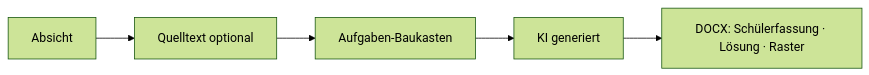
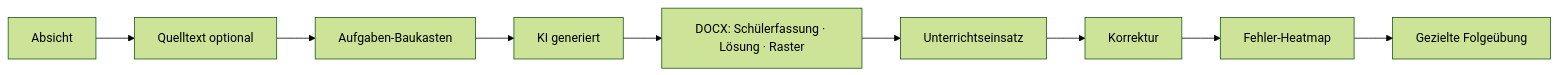
Before and after one commit to milanradisavljevic/LUKA: the first of 2 diagrams in README.md, drawn with Mermaid (forest theme). The commit also changed other lines of this file and 3 other files, not shown here.

````diff
--- a/README.md
+++ b/README.md
@@ -40,7 +42,11 @@
 ```mermaid
 flowchart LR
   A[Absicht] --> B[Quelltext optional]
   B --> C[Aufgaben-Baukasten]
   C --> D[KI generiert]
   D --> E[DOCX: Schülerfassung · Lösung · Raster]
+  E --> F[Unterrichtseinsatz]
+  F --> G[Korrektur]
+  G --> H[Fehler-Heatmap]
+  H --> I[Gezielte Folgeübung]
 ```
````
